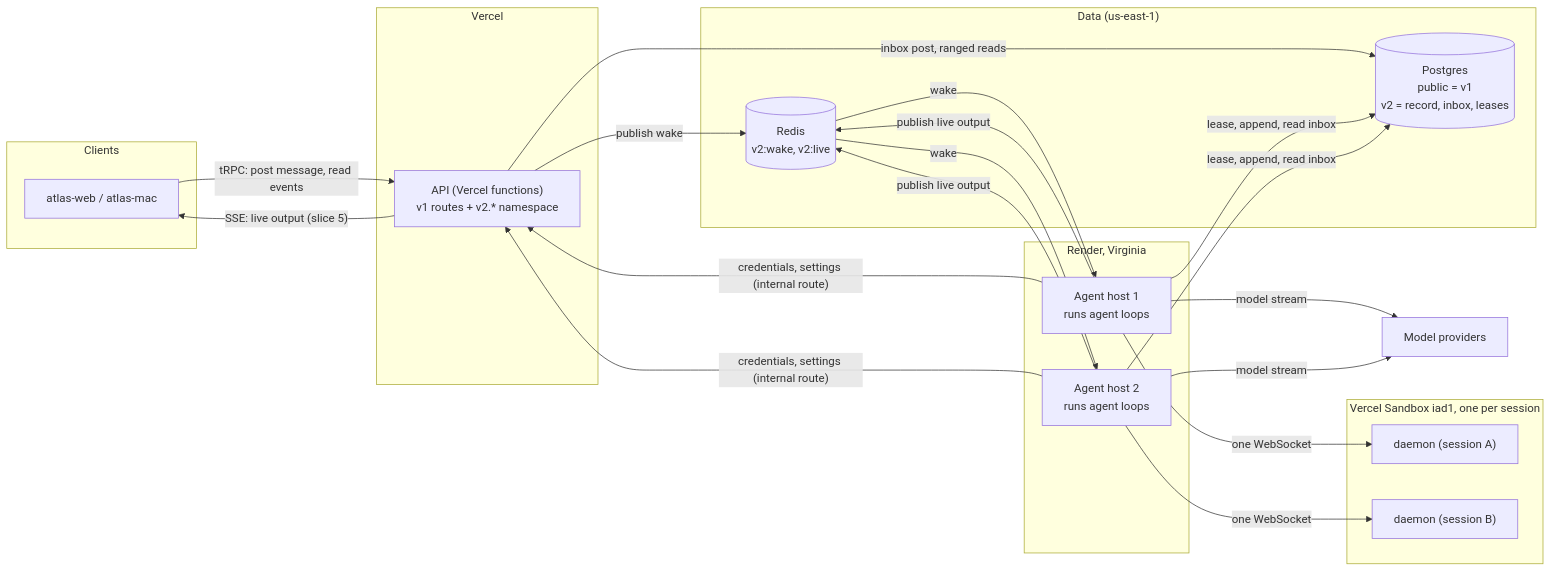
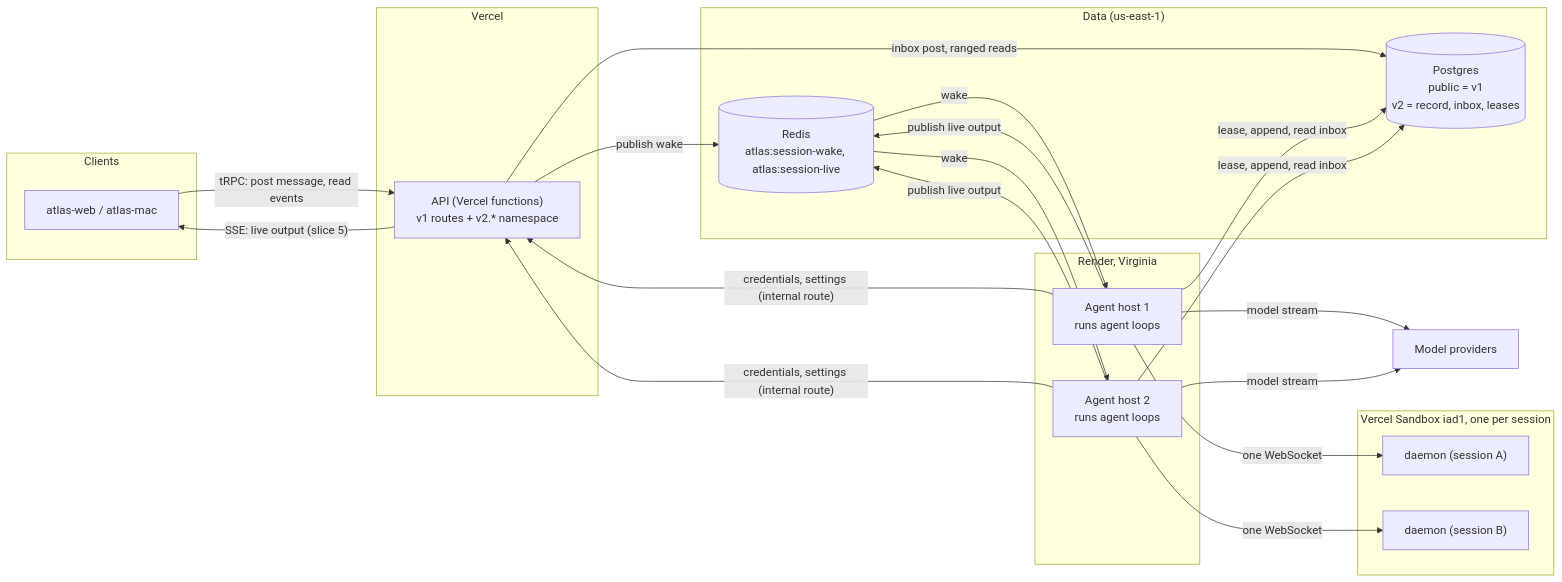
One commit to dennisofficial/atlas changed the first of 3 diagrams in docs/v2/slices/03-agent-host.md. Above: the diagram before and after it, drawn with Mermaid. The commit also changed other lines of this file, not shown here.

Commit message:
docs(v2): name the renamed wake and live channels in the slice 3 spec

````diff
--- a/docs/v2/slices/03-agent-host.md
+++ b/docs/v2/slices/03-agent-host.md
@@ -93,34 +93,34 @@
 ```mermaid
 flowchart LR
   subgraph Clients
     C["atlas-web / atlas-mac"]
   end
   subgraph Vercel
     API["API (Vercel functions)<br/>v1 routes + v2.* namespace"]
   end
   subgraph Data["Data (us-east-1)"]
     PG[("Postgres<br/>public = v1<br/>v2 = record, inbox, leases")]
-    R[("Redis<br/>v2:wake, v2:live")]
+    R[("Redis<br/>atlas:session-wake, atlas:session-live")]
   end
   subgraph Render["Render, Virginia"]
     W1["Agent host 1<br/>runs agent loops"]
     W2["Agent host 2<br/>runs agent loops"]
   end
   subgraph Sandboxes["Vercel Sandbox iad1, one per session"]
     D1["daemon (session A)"]
     D2["daemon (session B)"]
   end
   LLM["Model providers"]
 
   C -- "tRPC: post message, read events" --> API
   API -- "SSE: live output (slice 5)" --> C
   API -- "inbox post, ranged reads" --> PG
   API -- "publish wake" --> R
   R -- "wake" --> W1 & W2
   W1 & W2 -- "publish live output" --> R
   W1 & W2 -- "lease, append, read inbox" --> PG
   W1 & W2 -- "credentials, settings (internal route)" --> API
   W1 & W2 -- "model stream" --> LLM
   W1 -- "one WebSocket" --> D1
   W2 -- "one WebSocket" --> D2
 ```
````
